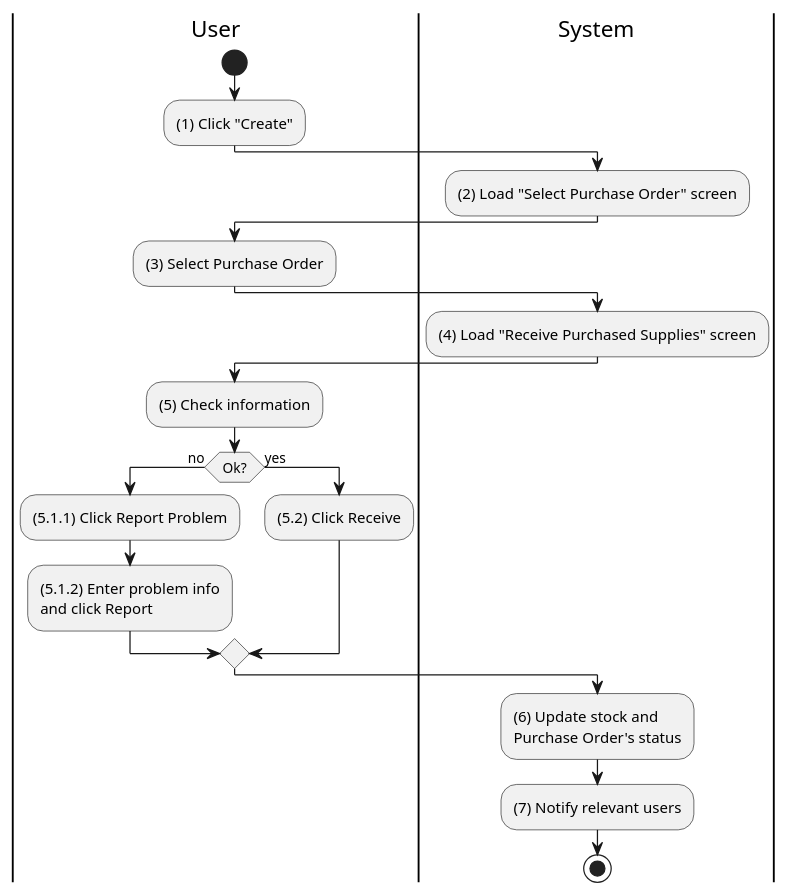
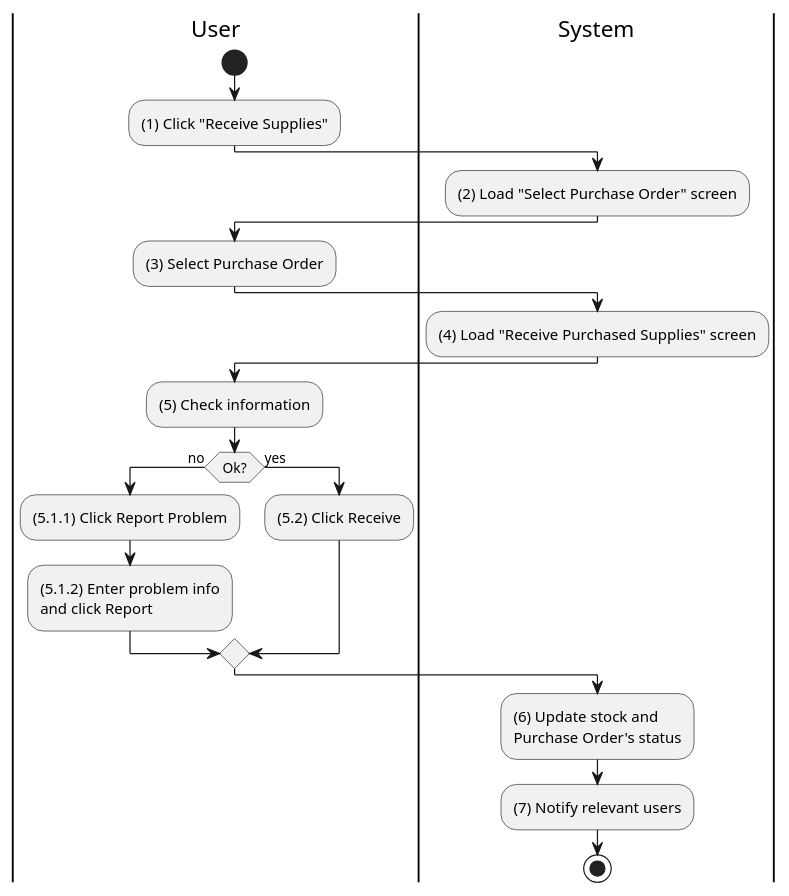
One commit to phihungha/scmss-reqs changed the diagram in activities/inventory-supply-receive.plantuml. Above: the diagram before and after it, drawn with PlantUML. The commit also changed 17 other files, not shown here.

Commit message:
Improve inventory sequences

```diff
--- a/activities/inventory-supply-receive.plantuml
+++ b/activities/inventory-supply-receive.plantuml
@@ -1,34 +1,34 @@
 @startuml inventory-supply-receive
 |u|User
 |s|System
 
 |u|
 start
-:(1) Click "Create";
+:(1) Click "Receive Supplies";
 
 |s|
 :(2) Load "Select Purchase Order" screen;
 
 |u|
 :(3) Select Purchase Order;
 
 |s|
 :(4) Load "Receive Purchased Supplies" screen;
 
 |u|
 :(5) Check information;
 
 if (Ok?) then (no)
     |u|
     :(5.1.1) Click Report Problem;
     :(5.1.2) Enter problem info\nand click Report;
 else (yes)
     |u|
     :(5.2) Click Receive;
 endif
 
 |s|
 :(6) Update stock and \nPurchase Order's status;
 :(7) Notify relevant users;
 stop
 @enduml
```
